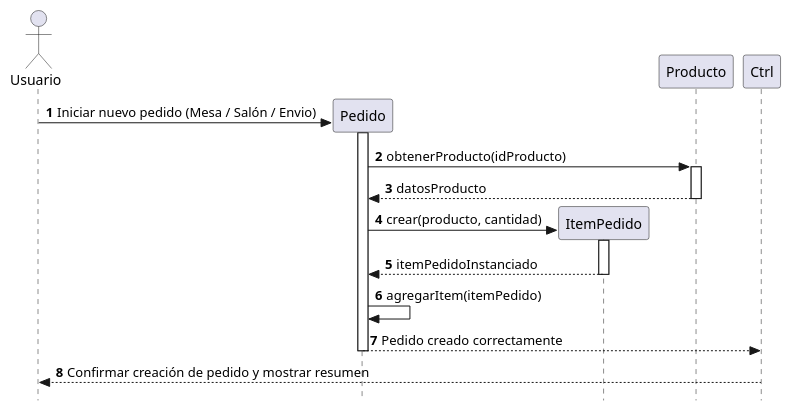
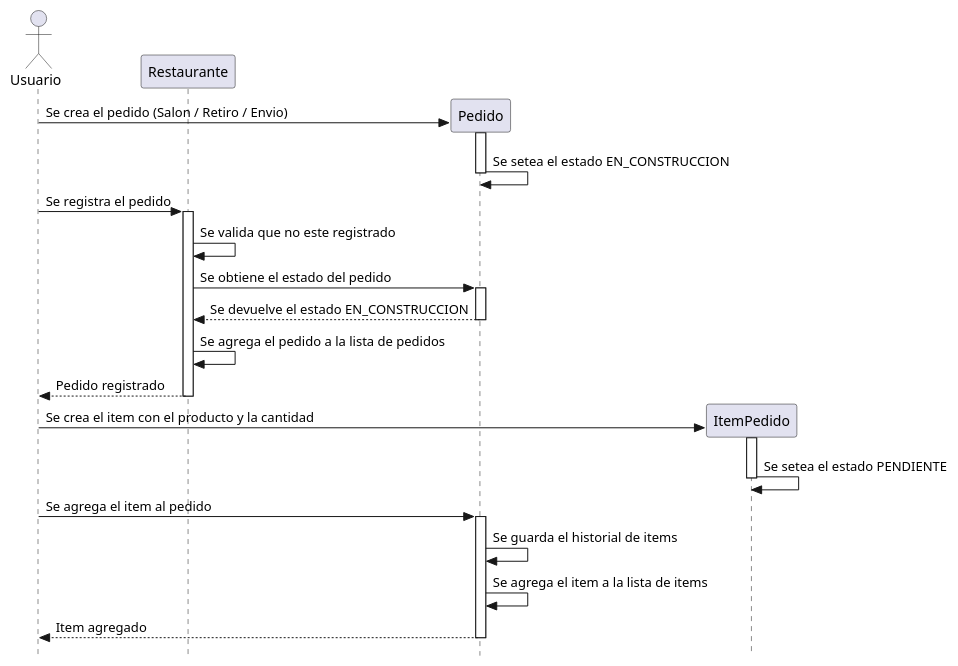
One commit to mdtortorelli/tp-progra2-grupo9 changed the diagram in diagramas/CreacionPedido.puml. Above: the diagram before and after it, drawn with PlantUML. The commit also changed 1 other file, not shown here.

Commit message:
Actualizacion de diagramas de secuencia

```diff
--- a/diagramas/CreacionPedido.puml
+++ b/diagramas/CreacionPedido.puml
@@ -1,30 +1,37 @@
-@startuml 'Creación de Pedido'
+@startuml 'Creacion de Pedido'
 skinparam style strictuml
-autonumber
 
 actor Usuario
+participant "Restaurante" as Restaurante
 participant "Pedido" as Pedido
-participant "ItemPedido" as Item
-participant "Producto" as Producto
+participant "ItemPedido" as ItemPedido
 
-Usuario -> Pedido ** : Iniciar nuevo pedido (Mesa / Salón / Envio)
+Usuario -> Pedido ** : Se crea el pedido (Salon / Retiro / Envio)
 activate Pedido
-
-Pedido -> Producto: obtenerProducto(idProducto)
-activate Producto
-Producto --> Pedido: datosProducto
-deactivate Producto
-
-Pedido -> Item ** : crear(producto, cantidad)
-activate Item
-Item --> Pedido: itemPedidoInstanciado
-deactivate Item
-
-Pedido -> Pedido: agregarItem(itemPedido)
-Pedido --> Ctrl: Pedido creado correctamente
+Pedido -> Pedido: Se setea el estado EN_CONSTRUCCION
 deactivate Pedido
 
-Ctrl --> Usuario: Confirmar creación de pedido y mostrar resumen
-deactivate Ctrl
+Usuario -> Restaurante: Se registra el pedido
+activate Restaurante
+Restaurante -> Restaurante: Se valida que no este registrado
+Restaurante -> Pedido: Se obtiene el estado del pedido
+activate Pedido
+Pedido --> Restaurante: Se devuelve el estado EN_CONSTRUCCION
+deactivate Pedido
+Restaurante -> Restaurante: Se agrega el pedido a la lista de pedidos
+Restaurante --> Usuario: Pedido registrado
+deactivate Restaurante
+
+Usuario -> ItemPedido ** : Se crea el item con el producto y la cantidad
+activate ItemPedido
+ItemPedido -> ItemPedido: Se setea el estado PENDIENTE
+deactivate ItemPedido
+
+Usuario -> Pedido: Se agrega el item al pedido
+activate Pedido
+Pedido -> Pedido: Se guarda el historial de items
+Pedido -> Pedido: Se agrega el item a la lista de items
+Pedido --> Usuario: Item agregado
+deactivate Pedido
 
 @enduml
```
